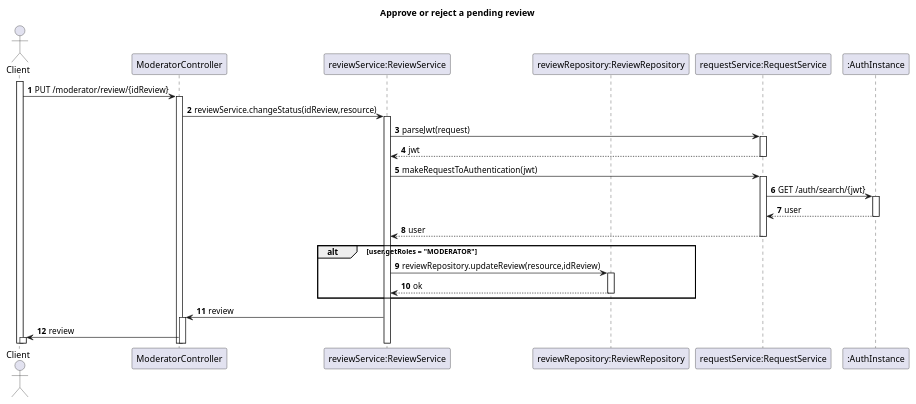
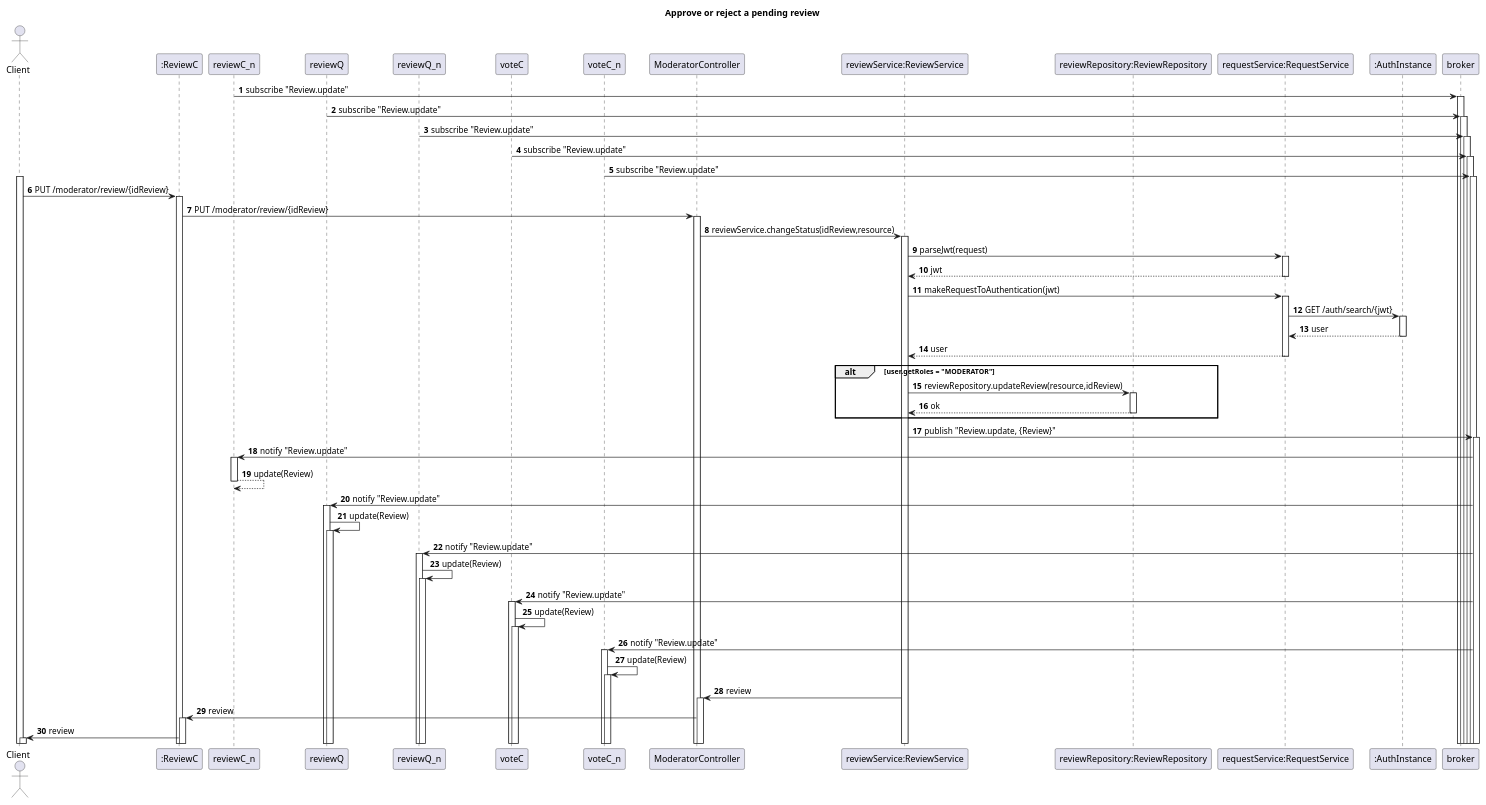
One commit to TiagoNora/SIDIS-Docs changed the diagram in Docs/US10-SD.puml. Above: the diagram before and after it, drawn with PlantUML. The commit also changed 1 other file, not shown here.

```diff
--- a/Docs/US10-SD.puml
+++ b/Docs/US10-SD.puml
@@ -1,35 +1,64 @@
 @startuml
 'https://plantuml.com/sequence-diagram
 
 title Approve or reject a pending review
 autoactivate on
 autonumber
 
 actor "Client" as client
+
+reviewC_n -> broker: subscribe "Review.update"
+reviewQ -> broker: subscribe "Review.update"
+reviewQ_n -> broker: subscribe "Review.update"
+voteC -> broker: subscribe "Review.update"
+voteC_n -> broker: subscribe "Review.update"
+
+participant ":ReviewC" as reviewC
+participant ":ReviewC_n" as reviewC_n
+participant ":ReviewQ" as reviewQ
+participant ":ReviewQ_n" as reviewQ_n
+participant ":VoteC" as voteC
+participant ":VoteC_n" as voteC_n
+
 participant "ModeratorController" as controller
 participant "reviewService:ReviewService" as service
 participant "reviewRepository:ReviewRepository" as repository
 participant "requestService:RequestService" as request
 participant ":AuthInstance" as instanceAuth
 
+
+participant ":MessageBroker" as broker
 activate client
 
-client -> controller: PUT /moderator/review/{idReview}
+client -> reviewC: PUT /moderator/review/{idReview}
+reviewC -> controller: PUT /moderator/review/{idReview}
 controller -> service : reviewService.changeStatus(idReview,resource)
 
 service -> request : parseJwt(request)
 request --> service: jwt
 service -> request: makeRequestToAuthentication(jwt)
 request -> instanceAuth: GET /auth/search/{jwt}
 instanceAuth --> request: user
 request --> service: user
 alt user.getRoles = "MODERATOR"
     service -> repository: reviewRepository.updateReview(resource,idReview)
     repository --> service: ok
 end
+service -> broker:publish "Review.update, {Review}"
+reviewC_n <- broker: notify "Review.update"
+reviewC_n --> reviewC_n: update(Review)
+reviewQ <- broker: notify "Review.update"
+reviewQ -> reviewQ: update(Review)
+reviewQ_n <- broker: notify "Review.update"
+reviewQ_n -> reviewQ_n: update(Review)
+voteC <- broker: notify "Review.update"
+voteC -> voteC: update(Review)
+voteC_n <- broker: notify "Review.update"
+voteC_n -> voteC_n: update(Review)
 
 
 service -> controller: review
-controller -> client: review
+controller -> reviewC: review
+reviewC -> client: review
 
 @enduml
```
